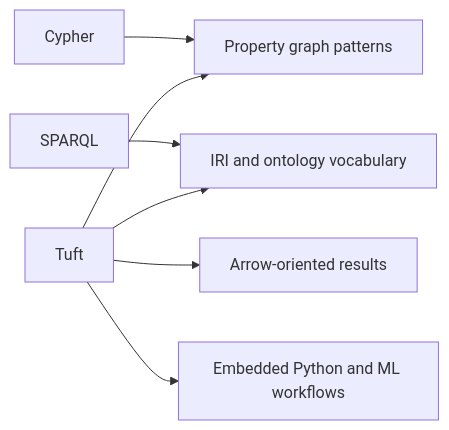
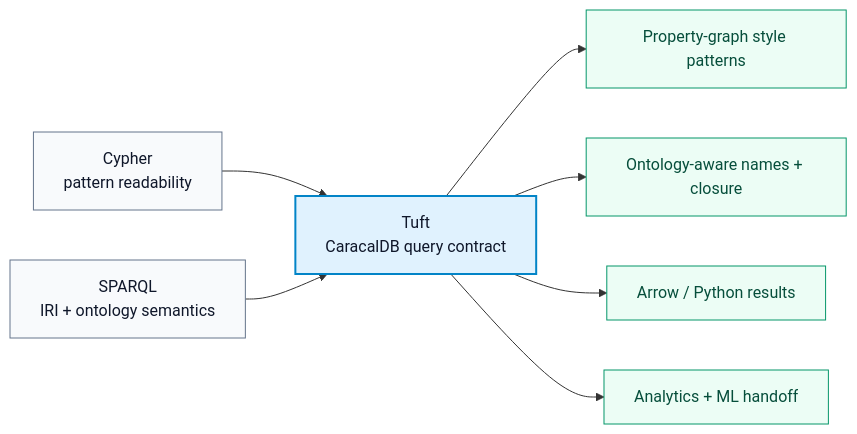
The diagram in docs/concepts/tuft-vs-cypher-vs-sparql.md (eastlighting1/CaracalDB), drawn with Mermaid before and after one commit. The commit also changed 1 other file, not shown here.

Commit message:
Refactor documentation: replace misconception section with a note format for clarity in storage layout and enhance diagram descriptions in Tuft comparison

````diff
--- a/docs/concepts/tuft-vs-cypher-vs-sparql.md
+++ b/docs/concepts/tuft-vs-cypher-vs-sparql.md
@@ -30,9 +30,17 @@
 ```mermaid
 flowchart LR
-    A["Cypher"] --> D["Property graph patterns"]
-    B["SPARQL"] --> E["IRI and ontology vocabulary"]
-    C["Tuft"] --> D
-    C --> E
-    C --> F["Arrow-oriented results"]
-    C --> G["Embedded Python and ML workflows"]
+    C["Cypher<br/>pattern readability"] --> T["Tuft<br/>CaracalDB query contract"]
+    S["SPARQL<br/>IRI + ontology semantics"] --> T
+
+    T --> P["Property-graph style patterns"]
+    T --> O["Ontology-aware names + closure"]
+    T --> A["Arrow / Python results"]
+    T --> M["Analytics + ML handoff"]
+
+    classDef source fill:#f8fafc,stroke:#64748b,color:#0f172a,stroke-width:1px
+    classDef tuft fill:#e0f2fe,stroke:#0284c7,color:#0f172a,stroke-width:2px
+    classDef outcome fill:#ecfdf5,stroke:#059669,color:#064e3b,stroke-width:1px
+    class C,S source
+    class T tuft
+    class P,O,A,M outcome
 ```
````
